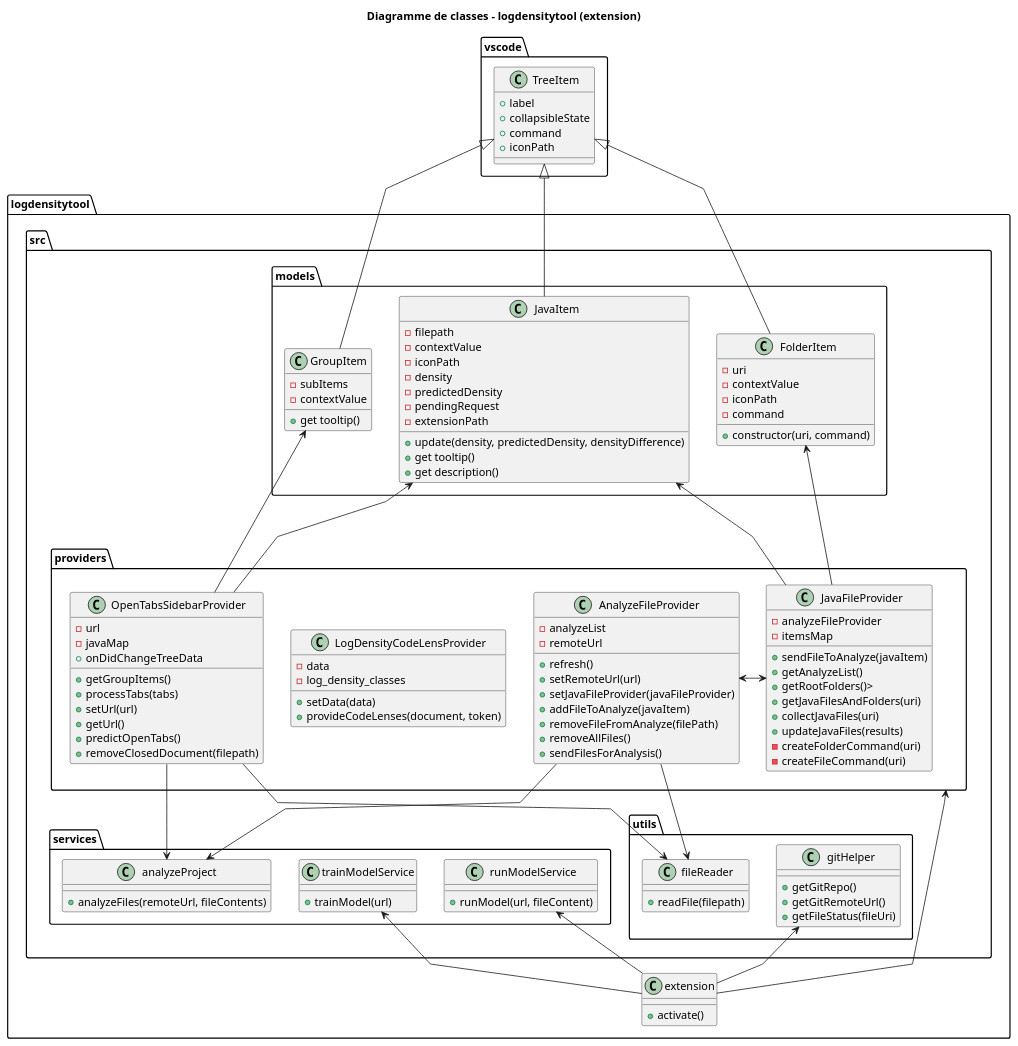
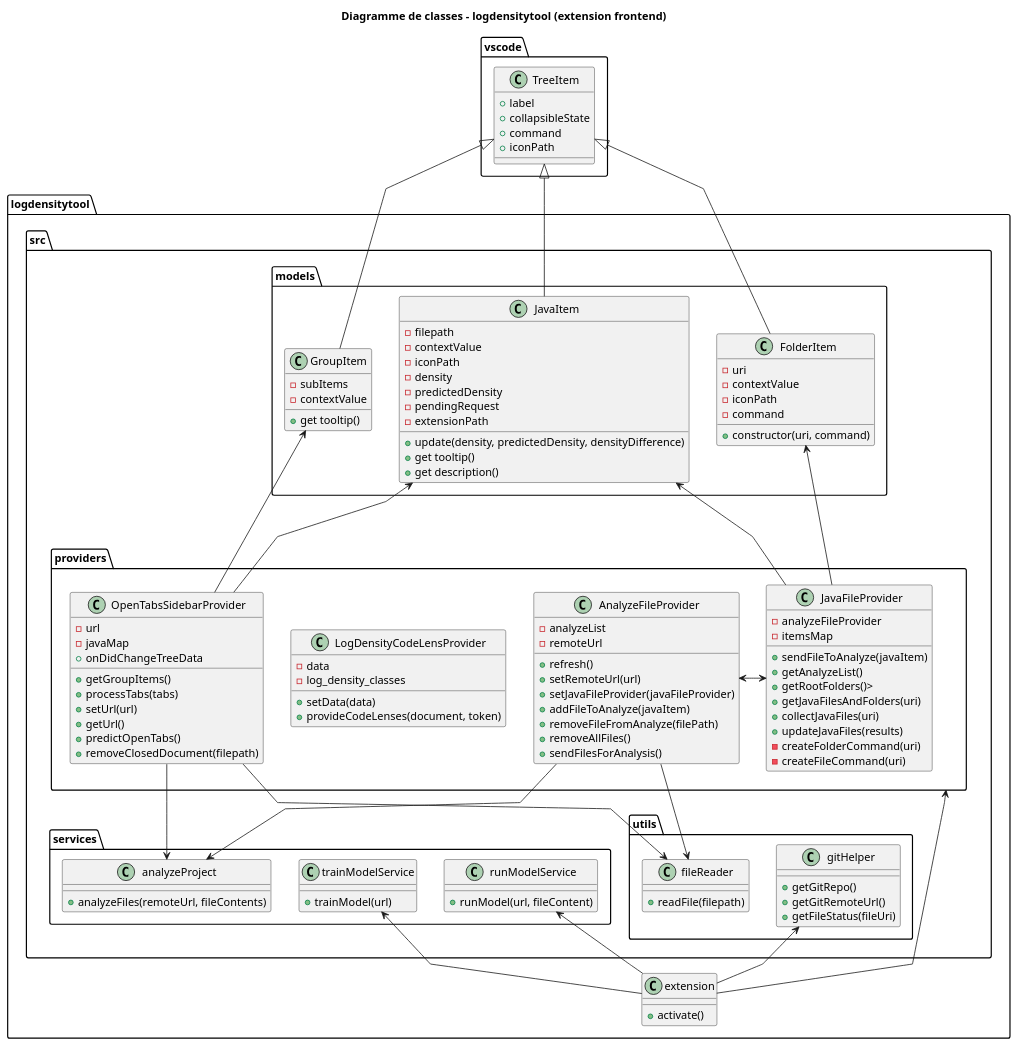
Before and after one commit to DaREf-MS/log-density-plugin: the diagram in artifacts/classes - extension.puml, drawn with PlantUML. The commit also changed 2 other files, not shown here.

```diff
--- a/artifacts/classes - extension.puml
+++ b/artifacts/classes - extension.puml
@@ -1,143 +1,143 @@
 @startuml
 skinparam linetype polyline
 
-title Diagramme de classes - logdensitytool (extension)
+title Diagramme de classes - logdensitytool (extension frontend)
 
 class vscode.TreeItem {
   +label
   +collapsibleState
   +command
   +iconPath
 }
 
 package logdensitytool {
     package src {
         package models {
             class FolderItem {
                 -uri
                 -contextValue
                 -iconPath
                 -command
                 +constructor(uri, command)
             }
 
             class GroupItem {
                 -subItems
                 -contextValue
                 +get tooltip()
             }
 
             class JavaItem {
                 -filepath
                 -contextValue
                 -iconPath
                 -density
                 -predictedDensity
                 -pendingRequest
                 -extensionPath
                 +update(density, predictedDensity, densityDifference)
                 +get tooltip()
                 +get description()
             }
 
             vscode.TreeItem <|-- FolderItem
             vscode.TreeItem <|-- GroupItem
             vscode.TreeItem <|-- JavaItem
         }
 
         package services {
             class analyzeProject {
                 +analyzeFiles(remoteUrl, fileContents)
             }
 
             class runModelService {
                 +runModel(url, fileContent)
             }
 
             class trainModelService {
                 +trainModel(url)
             }
         }
 
         package utils {
             class fileReader {
                 +readFile(filepath)
             }
 
             class gitHelper {
                 +getGitRepo()
                 +getGitRemoteUrl()
                 +getFileStatus(fileUri)
             }
         }
 
         package providers {
             class AnalyzeFileProvider {
                 -analyzeList
                 -remoteUrl
                 +refresh()
                 +setRemoteUrl(url)
                 +setJavaFileProvider(javaFileProvider)
                 +addFileToAnalyze(javaItem)
                 +removeFileFromAnalyze(filePath)
                 +removeAllFiles()
                 +sendFilesForAnalysis()
             }
             AnalyzeFileProvider <-> JavaFileProvider
 
             class JavaFileProvider {
                 -analyzeFileProvider
                 -itemsMap
                 +sendFileToAnalyze(javaItem)
                 +getAnalyzeList()
                 +getRootFolders()>
                 +getJavaFilesAndFolders(uri)
                 +collectJavaFiles(uri)
                 +updateJavaFiles(results)
                 -createFolderCommand(uri)
                 -createFileCommand(uri)
             }
 
             class LogDensityCodeLensProvider {
                 -data
                 -log_density_classes
                 +setData(data)
                 +provideCodeLenses(document, token)
             }
 
             class OpenTabsSidebarProvider {
                 -url
                 -javaMap
                 +onDidChangeTreeData
                 +getGroupItems()
                 +processTabs(tabs)
                 +setUrl(url)
                 +getUrl()
                 +predictOpenTabs()
                 +removeClosedDocument(filepath)
             }
         }
     }
 
     class extension {
         +activate()
     }
 
     extension -u-> trainModelService
     extension -u-> runModelService
     extension -u-> gitHelper
     extension -u-> providers
 
     AnalyzeFileProvider --> analyzeProject
     AnalyzeFileProvider --> fileReader
 
     JavaFileProvider -u--> FolderItem
     JavaFileProvider -u--> JavaItem
 
     OpenTabsSidebarProvider -u--> GroupItem
     OpenTabsSidebarProvider -u--> JavaItem
     OpenTabsSidebarProvider --> analyzeProject
     OpenTabsSidebarProvider --> fileReader
 }
 
 @enduml
```
